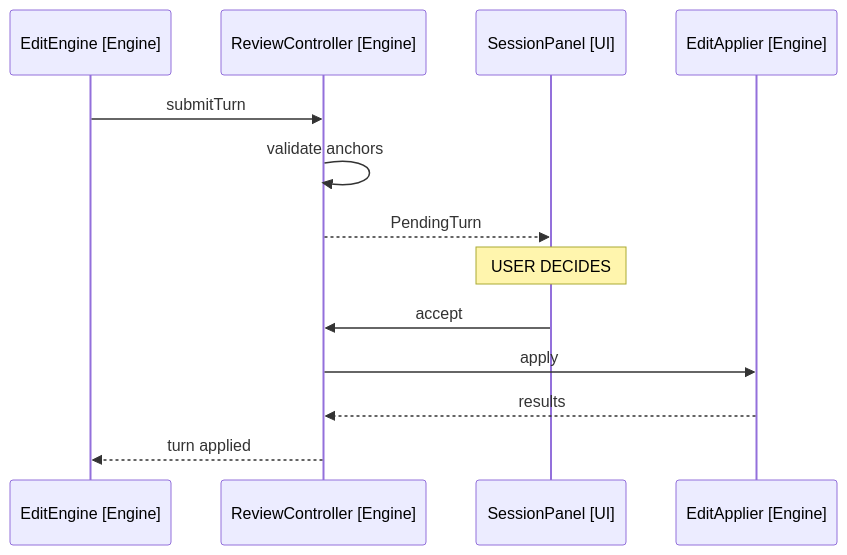
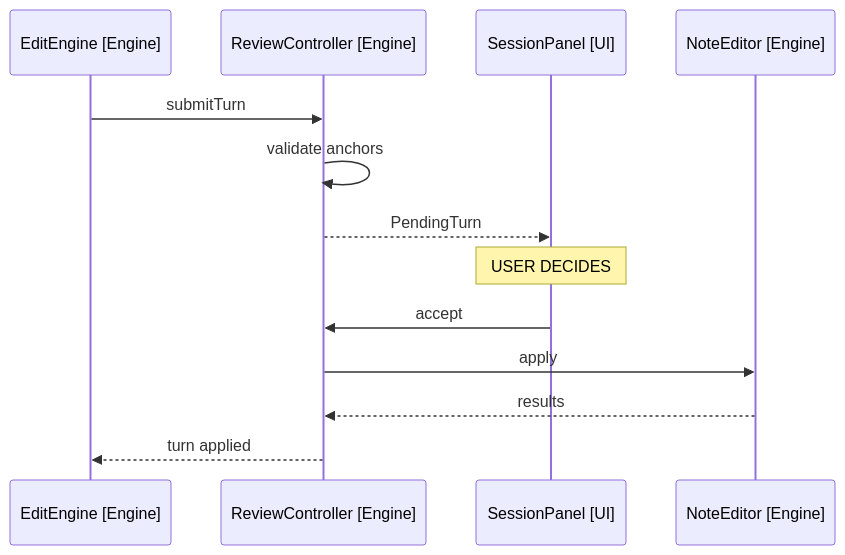
One commit to iparips/obsidian-owl changed the diagram in docs/spec/1-voice-note-editing/3-desktop-v1/4-review-mode.md. Above: the diagram before and after it, drawn with Mermaid. The commit also changed other lines of this file and 85 other files, not shown here.

````diff
--- a/docs/spec/1-voice-note-editing/3-desktop-v1/4-review-mode.md
+++ b/docs/spec/1-voice-note-editing/3-desktop-v1/4-review-mode.md
@@ -7,16 +7,16 @@
 ```mermaid
 sequenceDiagram
     participant Eng as EditEngine [Engine]
     participant Rev as ReviewController [Engine]
     participant Panel as SessionPanel [UI]
-    participant App as EditApplier [Engine]
+    participant App as NoteEditor [Engine]
 
     Eng->>Rev: submitTurn
     Rev->>Rev: validate anchors
     Rev-->>Panel: PendingTurn
     Note over Panel: USER DECIDES
     Panel->>Rev: accept
     Rev->>App: apply
     App-->>Rev: results
     Rev-->>Eng: turn applied
 ```
````
